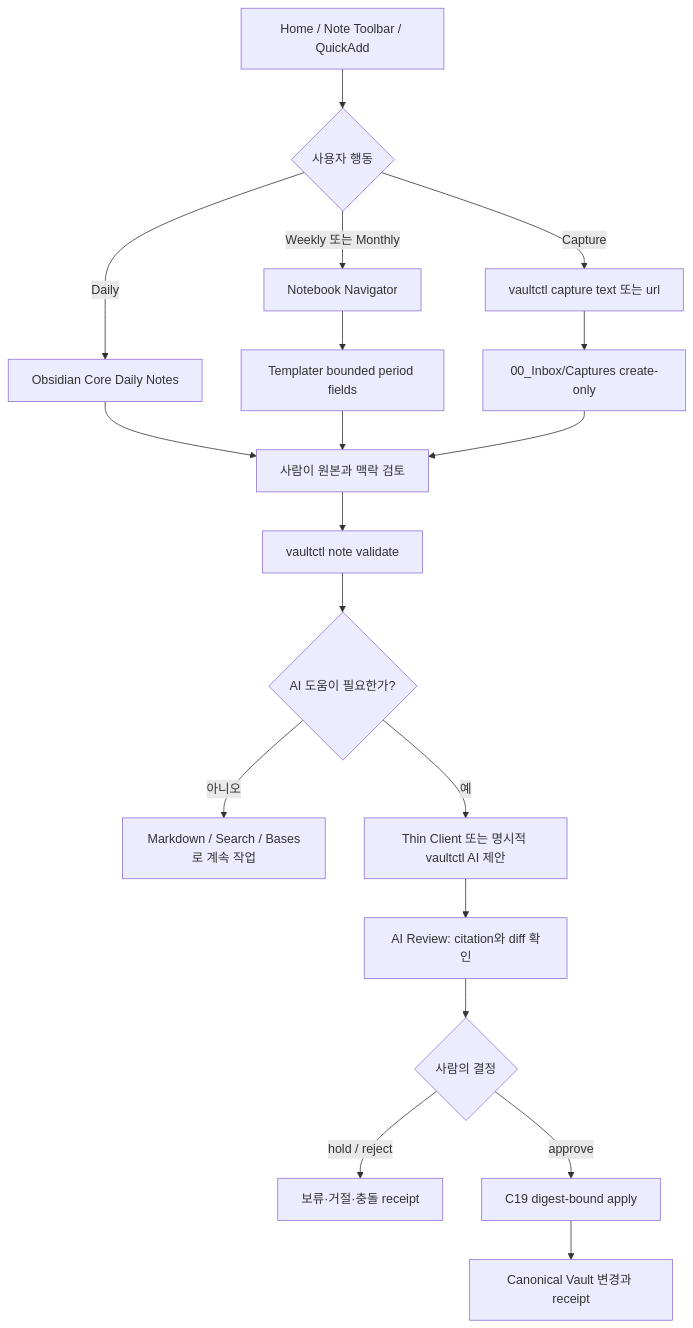
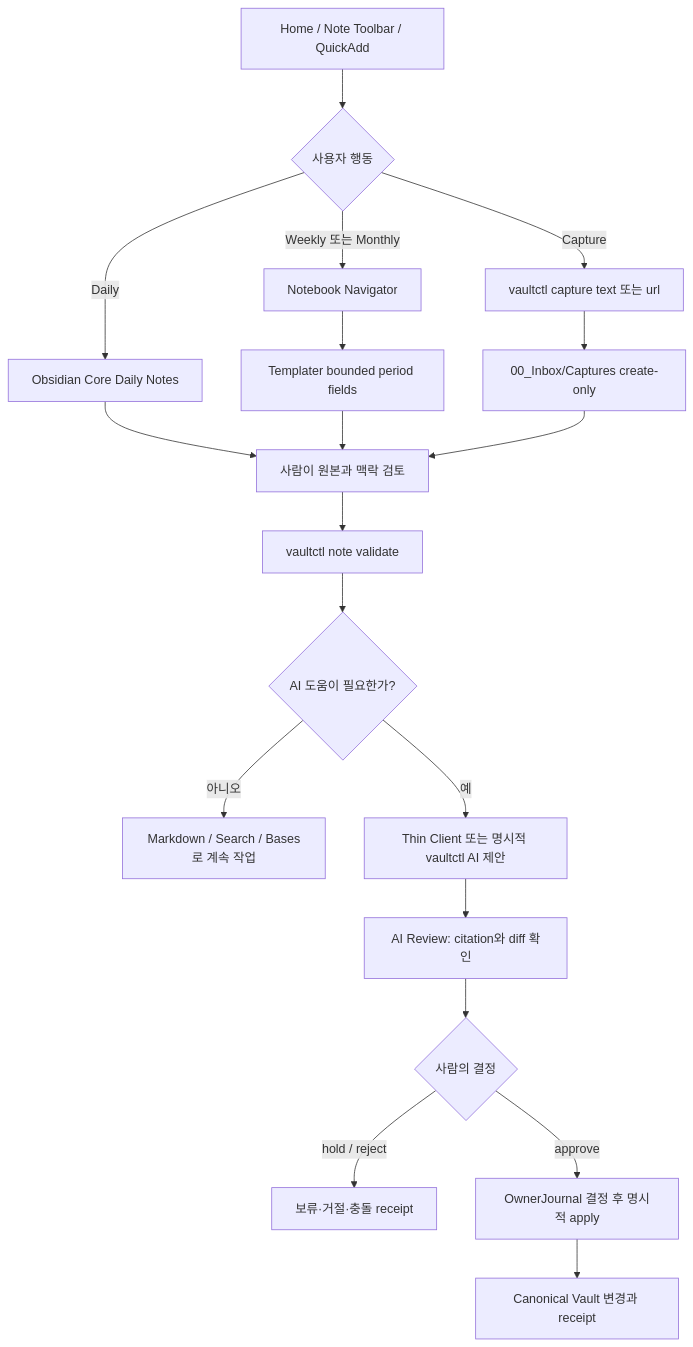
One commit to devRestain/KnowledgeOS changed the first of 3 diagrams in README.md. Above: the diagram before and after it, drawn with Mermaid. The commit also changed other lines of this file and 223 other files, not shown here.

Commit message:
Migrated into AgentFabric Architecture

````diff
--- a/README.md
+++ b/README.md
@@ -13,21 +47,21 @@
 ```mermaid
 flowchart TD
     A[Home / Note Toolbar / QuickAdd] --> B{사용자 행동}
     B -->|Daily| C[Obsidian Core Daily Notes]
     B -->|Weekly 또는 Monthly| D[Notebook Navigator]
     B -->|Capture| E[vaultctl capture text 또는 url]
     C --> H[사람이 원본과 맥락 검토]
     D --> F[Templater bounded period fields]
     E --> G[00_Inbox/Captures create-only]
     F --> H
     G --> H
     H --> I[vaultctl note validate]
     I --> J{AI 도움이 필요한가?}
     J -->|아니오| K[Markdown / Search / Bases로 계속 작업]
     J -->|예| L[Thin Client 또는 명시적 vaultctl AI 제안]
     L --> M[AI Review: citation와 diff 확인]
     M --> N{사람의 결정}
     N -->|hold / reject| O[보류·거절·충돌 receipt]
-    N -->|approve| P[C19 digest-bound apply]
+    N -->|approve| P[OwnerJournal 결정 후 명시적 apply]
     P --> Q[Canonical Vault 변경과 receipt]
 ```
````
